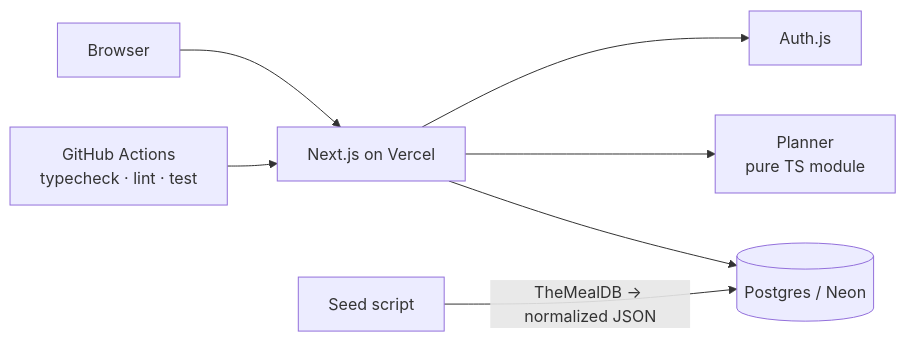
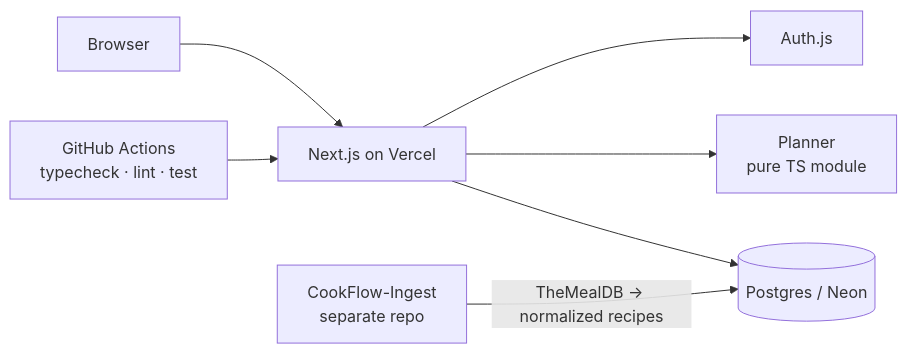
The diagram in README.md (moneychien19/CookFlow), drawn with Mermaid before and after one commit. The commit also changed other lines of this file and 3 other files, not shown here.

````diff
--- a/README.md
+++ b/README.md
@@ -56,9 +56,9 @@
 ```mermaid
 flowchart LR
   U[Browser] --> N[Next.js on Vercel]
   N --> A[Auth.js]
   N --> P[Planner<br/>pure TS module]
   N --> DB[(Postgres / Neon)]
-  S[Seed script] -->|TheMealDB → normalized JSON| DB
+  S[CookFlow-Ingest<br/>separate repo] -->|TheMealDB → normalized recipes| DB
   GH[GitHub Actions<br/>typecheck · lint · test] --> N
 ```
````
